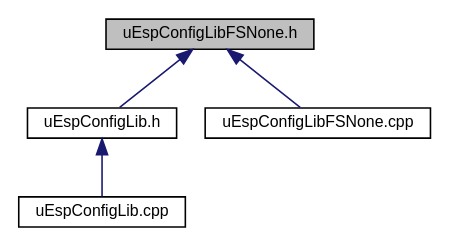
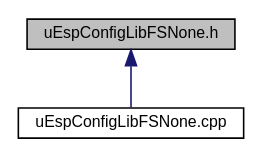
Before and after one commit to Naguissa/uEspConfigLib_doc_and_extras: the diagram in docs/uEspConfigLibFSNone_8h__dep__incl.dot, drawn with Graphviz. The commit also changed 52 other files, not shown here.

```diff
--- a/docs/uEspConfigLibFSNone_8h__dep__incl.dot
+++ b/docs/uEspConfigLibFSNone_8h__dep__incl.dot
@@ -1,13 +1,9 @@
 digraph "uEspConfigLibFSNone.h"
 {
  // LATEX_PDF_SIZE
   edge [fontname="Helvetica",fontsize="10",labelfontname="Helvetica",labelfontsize="10"];
   node [fontname="Helvetica",fontsize="10",shape=record];
   Node1 [label="uEspConfigLibFSNone.h",height=0.2,width=0.4,color="black", fillcolor="grey75", style="filled", fontcolor="black",tooltip=" "];
   Node1 -> Node2 [dir="back",color="midnightblue",fontsize="10",style="solid",fontname="Helvetica"];
-  Node2 [label="uEspConfigLib.h",height=0.2,width=0.4,color="black", fillcolor="white", style="filled",URL="$uEspConfigLib_8h.html",tooltip=" "];
-  Node2 -> Node3 [dir="back",color="midnightblue",fontsize="10",style="solid",fontname="Helvetica"];
-  Node3 [label="uEspConfigLib.cpp",height=0.2,width=0.4,color="black", fillcolor="white", style="filled",URL="$uEspConfigLib_8cpp.html",tooltip=" "];
-  Node1 -> Node4 [dir="back",color="midnightblue",fontsize="10",style="solid",fontname="Helvetica"];
-  Node4 [label="uEspConfigLibFSNone.cpp",height=0.2,width=0.4,color="black", fillcolor="white", style="filled",URL="$uEspConfigLibFSNone_8cpp.html",tooltip=" "];
+  Node2 [label="uEspConfigLibFSNone.cpp",height=0.2,width=0.4,color="black", fillcolor="white", style="filled",URL="$uEspConfigLibFSNone_8cpp.html",tooltip=" "];
 }
```
